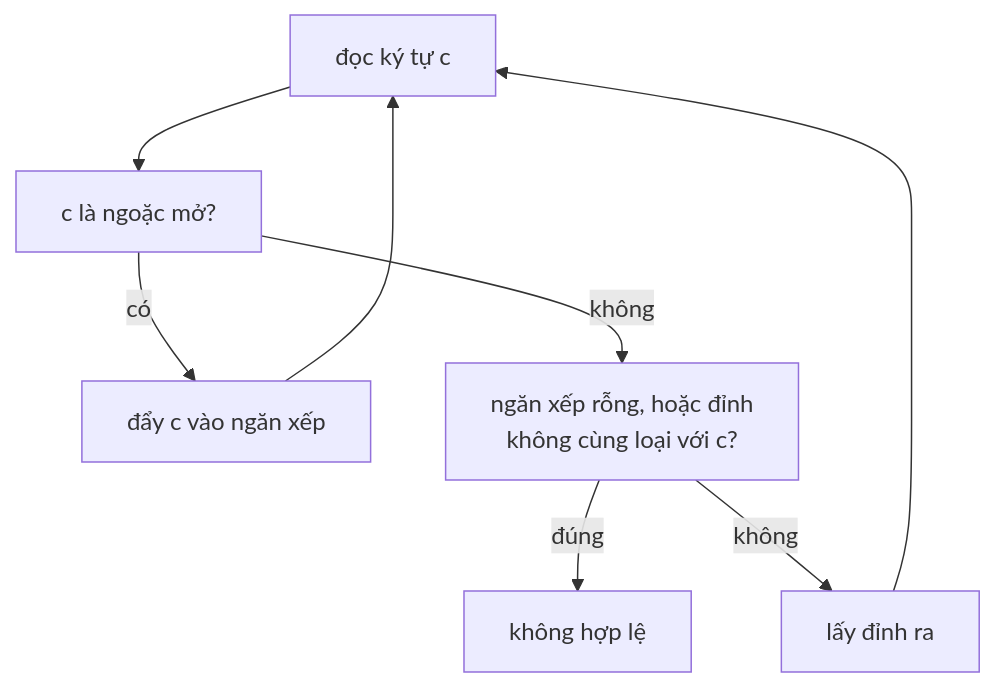
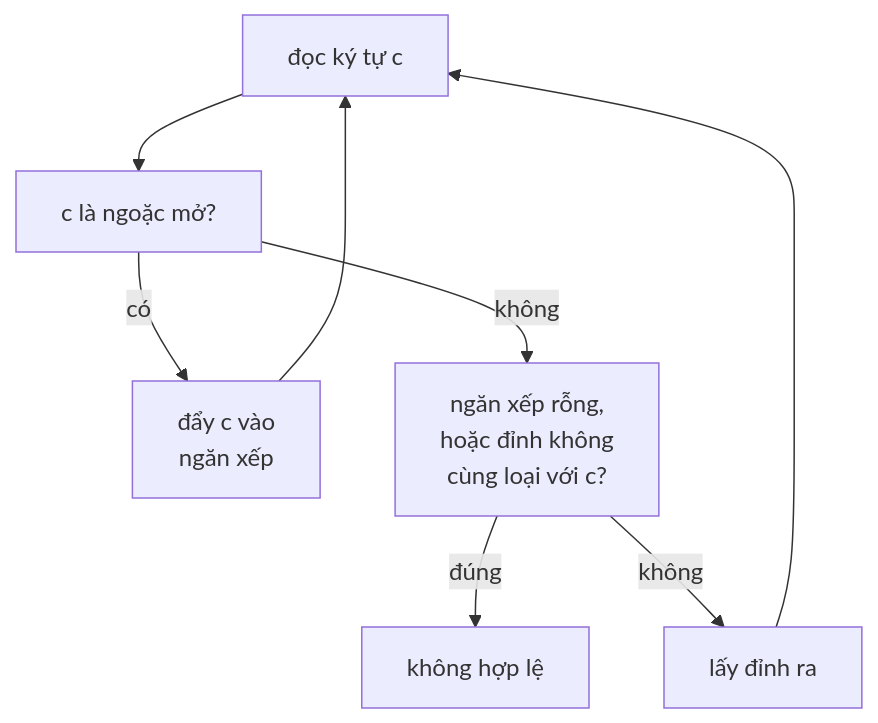
Before and after one commit to duongbui234/software-engineering-atlas: the diagram in content/problems/valid-parentheses.md, drawn with Mermaid. The commit also changed 134 other files, not shown here.

First line of the commit message:
Fit every Mermaid diagram at 390px without sideways scroll (#56)

````diff
--- a/content/problems/valid-parentheses.md
+++ b/content/problems/valid-parentheses.md
@@ -46,10 +46,10 @@
 ```mermaid
 flowchart TB
   A["đọc ký tự c"] --> B["c là ngoặc mở?"]
-  B -->|"có"| C["đẩy c vào ngăn xếp"]
+  B -->|"có"| C["đẩy c vào<br/>ngăn xếp"]
   C --> A
-  B -->|"không"| D["ngăn xếp rỗng, hoặc đỉnh<br/>không cùng loại với c?"]
+  B -->|"không"| D["ngăn xếp rỗng,<br/>hoặc đỉnh không<br/>cùng loại với c?"]
   D -->|"đúng"| E["không hợp lệ"]
   D -->|"không"| F["lấy đỉnh ra"]
   F --> A
 ```
````
